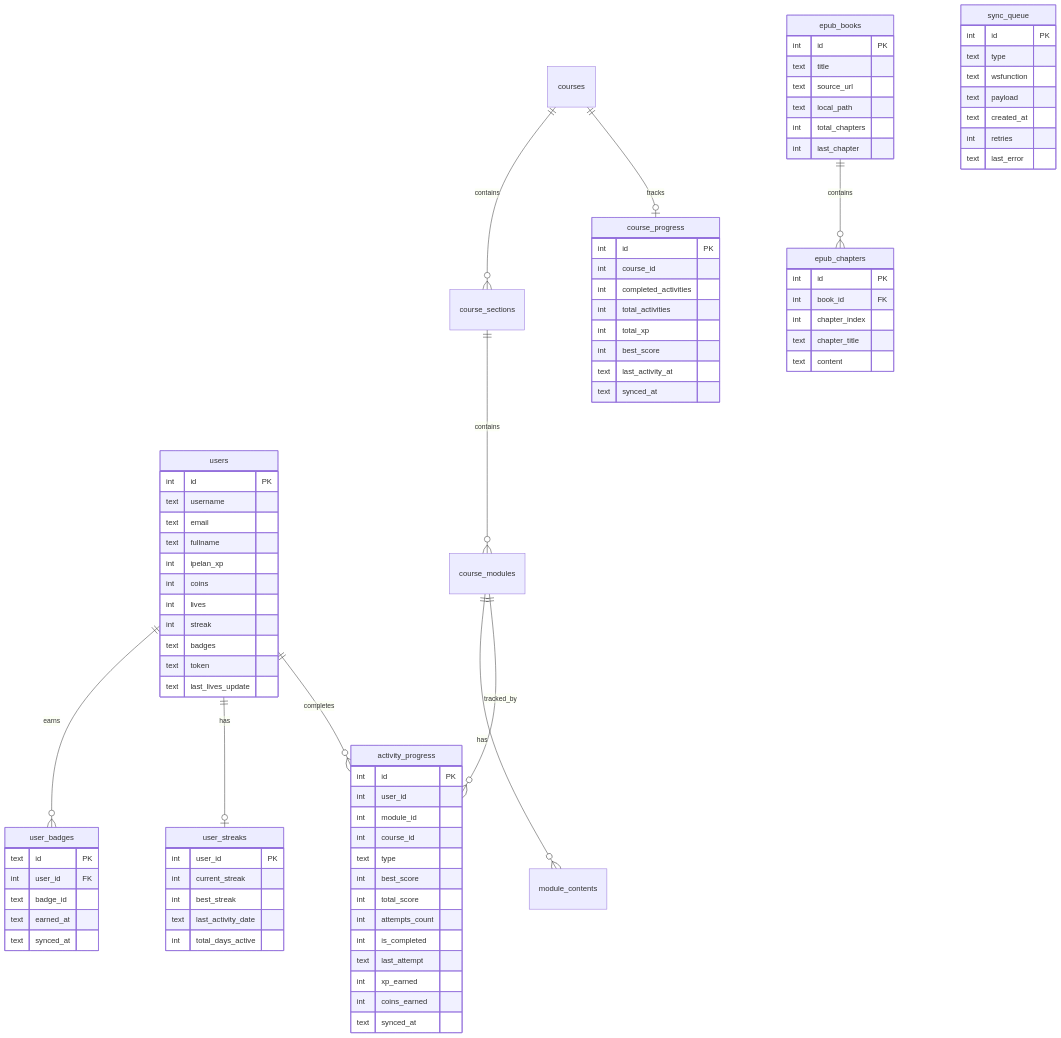
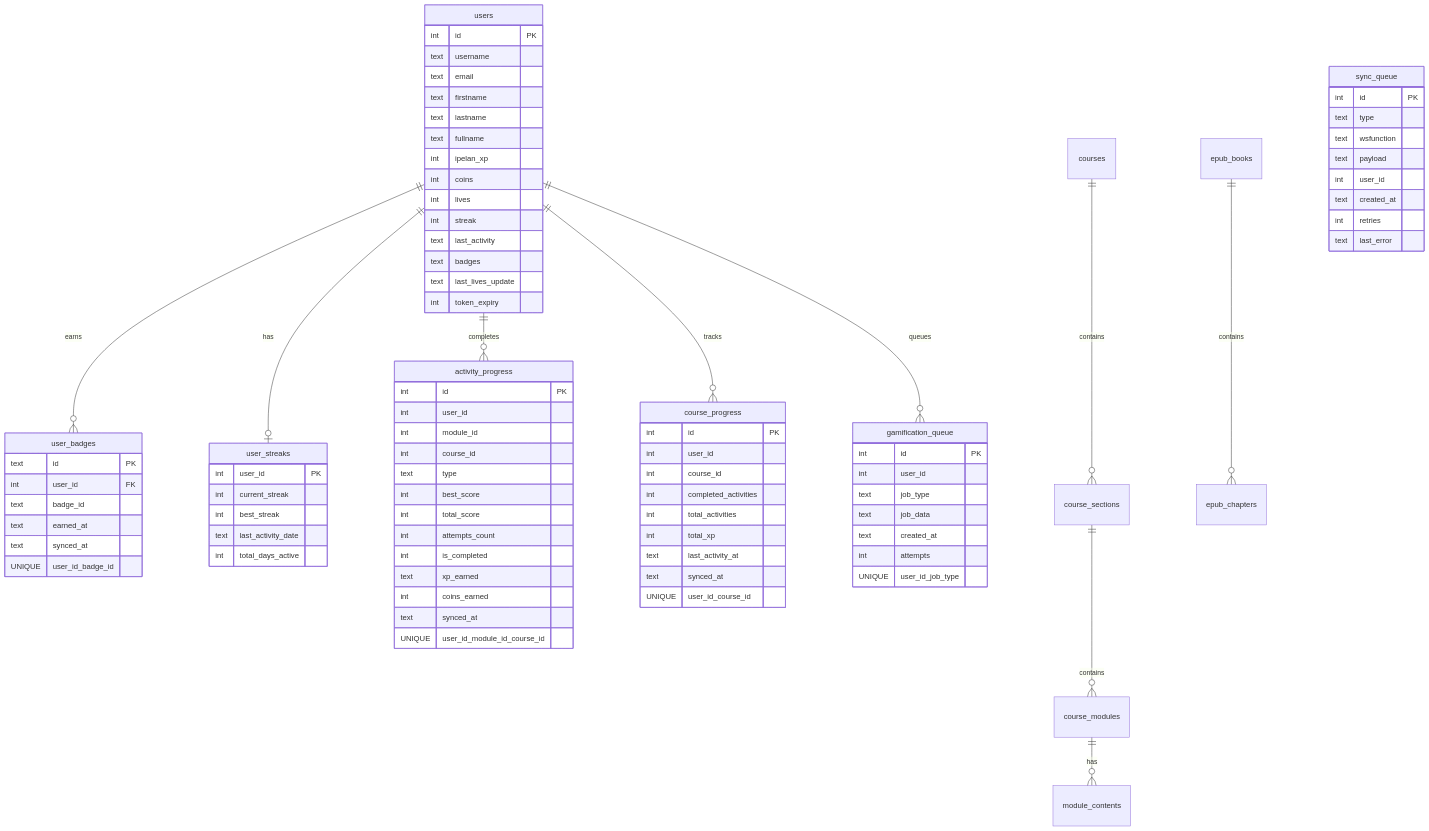
One commit to aichaRichatt/ipelan changed the fourth of 4 diagrams in docs/ARCHITECTURE.md. Above: the diagram before and after it, drawn with Mermaid. The commit also changed other lines of this file and 85 other files, not shown here.

````diff
--- a/docs/ARCHITECTURE.md
+++ b/docs/ARCHITECTURE.md
@@ -215,39 +153,28 @@
     users ||--o{ user_badges : earns
     users ||--o| user_streaks : has
     users ||--o{ activity_progress : completes
+    users ||--o{ course_progress : tracks
+    users ||--o{ gamification_queue : queues
     courses ||--o{ course_sections : contains
     course_sections ||--o{ course_modules : contains
     course_modules ||--o{ module_contents : has
-    course_modules ||--o{ activity_progress : tracked_by
     epub_books ||--o{ epub_chapters : contains
-    courses ||--o| course_progress : tracks
 
     users {
         int id PK
         text username
         text email
+        text firstname
+        text lastname
         text fullname
         int ipelan_xp
         int coins
         int lives
         int streak
+        text last_activity
         text badges
-        text token
         text last_lives_update
-    }
-    user_badges {
-        text id PK
-        int user_id FK
-        text badge_id
-        text earned_at
-        text synced_at
-    }
-    user_streaks {
-        int user_id PK
-        int current_streak
-        int best_streak
-        text last_activity_date
-        int total_days_active
+        int token_expiry
     }
     activity_progress {
         int id PK
@@ -259,43 +186,54 @@
         int total_score
         int attempts_count
         int is_completed
-        text last_attempt
-        int xp_earned
+        text xp_earned
         int coins_earned
         text synced_at
+        UNIQUE user_id_module_id_course_id
     }
     course_progress {
         int id PK
+        int user_id
         int course_id
         int completed_activities
         int total_activities
         int total_xp
-        int best_score
         text last_activity_at
         text synced_at
+        UNIQUE user_id_course_id
     }
     sync_queue {
         int id PK
         text type
         text wsfunction
         text payload
+        int user_id
         text created_at
         int retries
         text last_error
     }
-    epub_books {
+    gamification_queue {
         int id PK
-        text title
-        text source_url
-        text local_path
-        int total_chapters
-        int last_chapter
+        int user_id
+        text job_type
+        text job_data
+        text created_at
+        int attempts
+        UNIQUE user_id_job_type
     }
-    epub_chapters {
-        int id PK
-        int book_id FK
-        int chapter_index
-        text chapter_title
-        text content
+    user_badges {
+        text id PK
+        int user_id FK
+        text badge_id
+        text earned_at
+        text synced_at
+        UNIQUE user_id_badge_id
+    }
+    user_streaks {
+        int user_id PK
+        int current_streak
+        int best_streak
+        text last_activity_date
+        int total_days_active
     }
 ```
````
